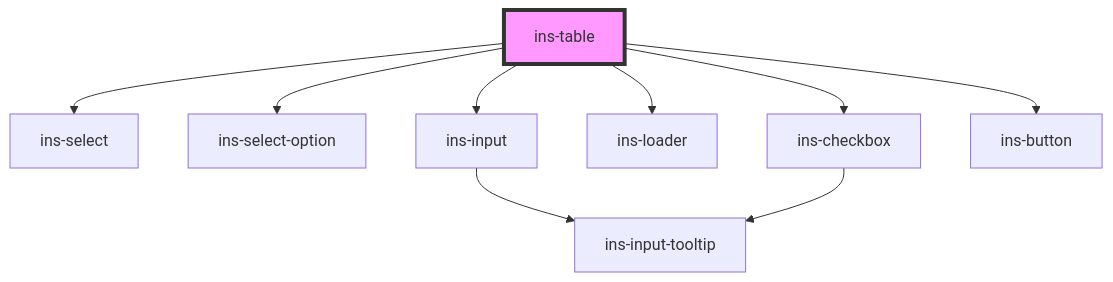
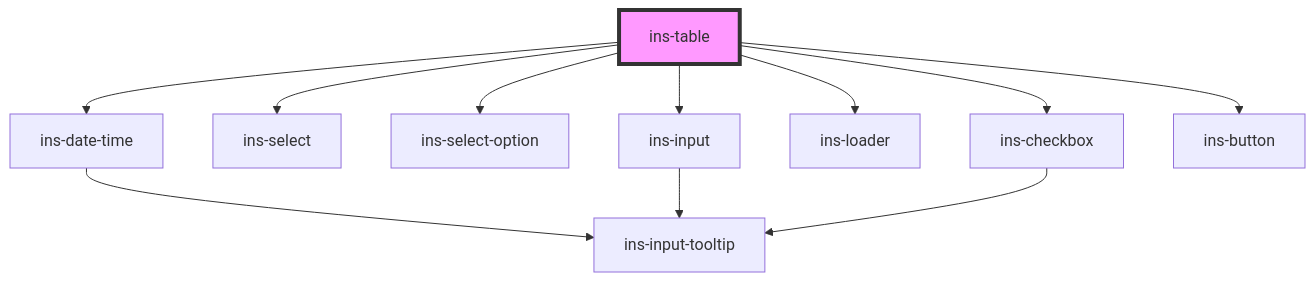
Before and after one commit to insites-io/insites-components-v2: the diagram in components/src/components/ins-table/readme.md, drawn with Mermaid. The commit also changed other lines of this file and 100 other files, not shown here.

````diff
--- a/components/src/components/ins-table/readme.md
+++ b/components/src/components/ins-table/readme.md
@@ -102,12 +103,14 @@
 ```mermaid
 graph TD;
+  ins-table --> ins-date-time
   ins-table --> ins-select
   ins-table --> ins-select-option
   ins-table --> ins-input
   ins-table --> ins-loader
   ins-table --> ins-checkbox
   ins-table --> ins-button
+  ins-date-time --> ins-input-tooltip
   ins-input --> ins-input-tooltip
   ins-checkbox --> ins-input-tooltip
   style ins-table fill:#f9f,stroke:#333,stroke-width:4px
 ```
````
